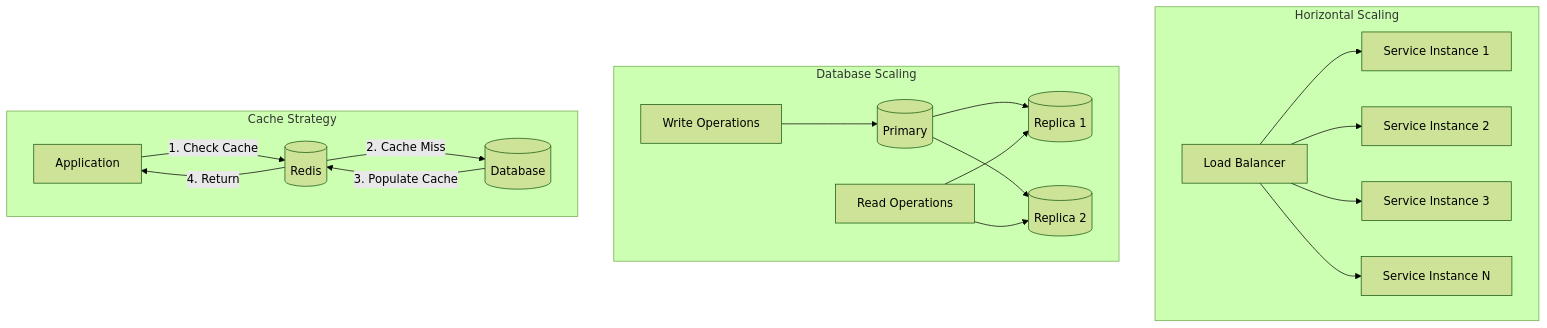
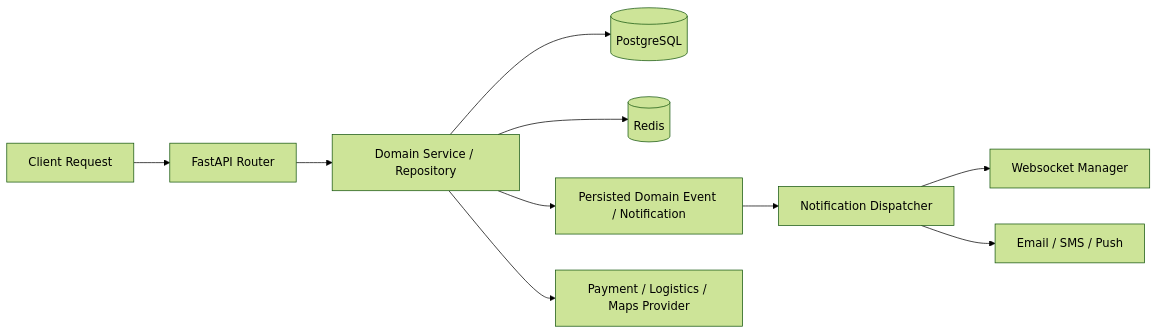
The second of 2 diagrams in E-Commerce/high-level-design/architecture-diagram.md (0Ankit0/Project-Ideas), drawn with Mermaid (forest theme) before and after one commit. The commit also changed other lines of this file and 64 other files, not shown here.

````diff
--- a/E-Commerce/high-level-design/architecture-diagram.md
+++ b/E-Commerce/high-level-design/architecture-diagram.md
@@ -304,26 +103,14 @@
 ```mermaid
-graph TB
-    subgraph "Horizontal Scaling"
-        LB[Load Balancer]
-        LB --> S1[Service Instance 1]
-        LB --> S2[Service Instance 2]
-        LB --> S3[Service Instance 3]
-        LB --> SN[Service Instance N]
-    end
-    
-    subgraph "Database Scaling"
-        Write[Write Operations] --> Primary[(Primary)]
-        Primary --> R1[(Replica 1)]
-        Primary --> R2[(Replica 2)]
-        Read[Read Operations] --> R1
-        Read --> R2
-    end
-    
-    subgraph "Cache Strategy"
-        App[Application]
-        App -->|1. Check Cache| Cache[(Redis)]
-        Cache -->|2. Cache Miss| DB[(Database)]
-        DB -->|3. Populate Cache| Cache
-        Cache -->|4. Return| App
-    end
+graph LR
+    Client[Client Request] --> API[FastAPI Router]
+    API --> Domain[Domain Service / Repository]
+    Domain --> DB[(PostgreSQL)]
+    Domain --> Redis[(Redis)]
+
+    Domain --> Event[Persisted Domain Event / Notification]
+    Event --> Notify[Notification Dispatcher]
+    Notify --> WS[Websocket Manager]
+    Notify --> Msg[Email / SMS / Push]
+
+    Domain --> External[Payment / Logistics / Maps Provider]
 ```
````
